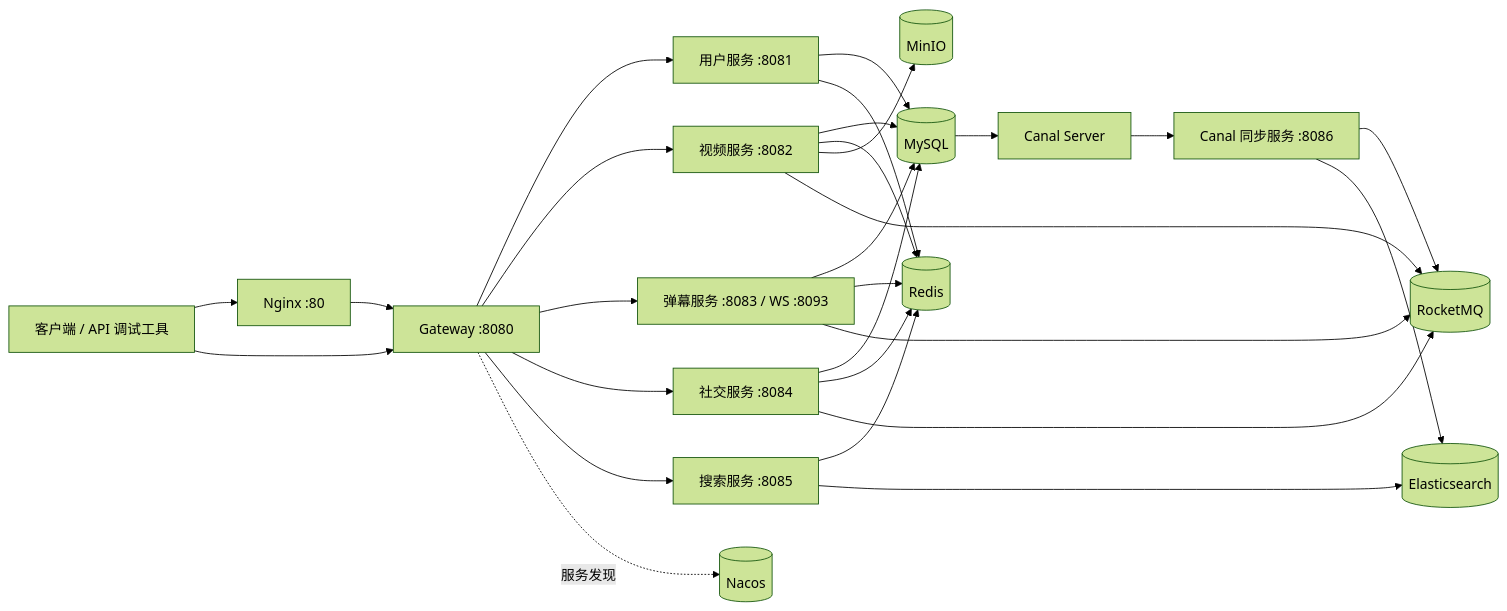
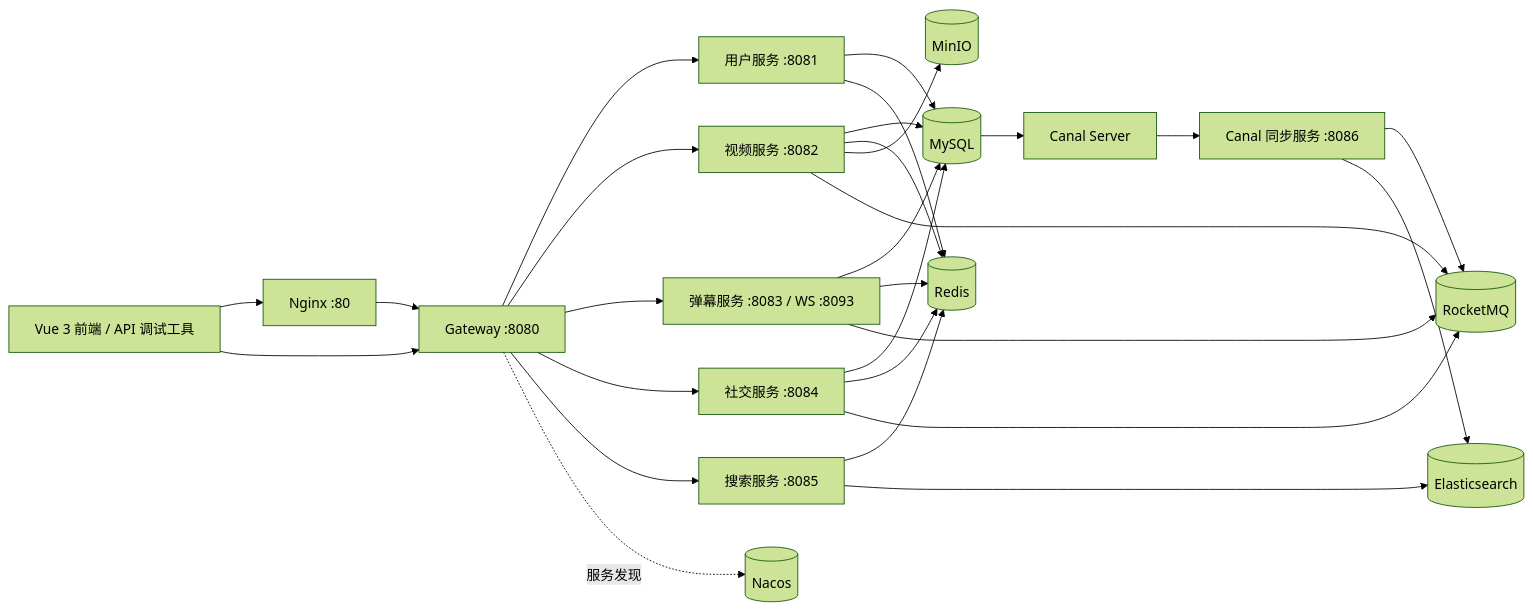
The diagram in README.md (lifei-cell/bilibili), drawn with Mermaid (forest theme) before and after one commit. The commit also changed other lines of this file and 59 other files, not shown here.

````diff
--- a/README.md
+++ b/README.md
@@ -21,36 +23,36 @@
 ```mermaid
 flowchart LR
-    Client["客户端 / API 调试工具"] --> Nginx["Nginx :80"]
+    Client["Vue 3 前端 / API 调试工具"] --> Nginx["Nginx :80"]
     Client --> Gateway["Gateway :8080"]
     Nginx --> Gateway
 
     Gateway --> User["用户服务 :8081"]
     Gateway --> Video["视频服务 :8082"]
     Gateway --> Danmu["弹幕服务 :8083 / WS :8093"]
     Gateway --> Social["社交服务 :8084"]
     Gateway --> Search["搜索服务 :8085"]
 
     User --> MySQL[(MySQL)]
     Video --> MySQL
     Danmu --> MySQL
     Social --> MySQL
 
     User --> Redis[(Redis)]
     Video --> Redis
     Danmu --> Redis
     Social --> Redis
     Search --> Redis
 
     Video --> MinIO[(MinIO)]
     Video --> RocketMQ[(RocketMQ)]
     Danmu --> RocketMQ
     Social --> RocketMQ
 
     MySQL --> CanalServer["Canal Server"]
     CanalServer --> CanalService["Canal 同步服务 :8086"]
     CanalService --> RocketMQ
     CanalService --> Elasticsearch[(Elasticsearch)]
     Search --> Elasticsearch
 
     Gateway -.服务发现.-> Nacos[(Nacos)]
 ```
````
